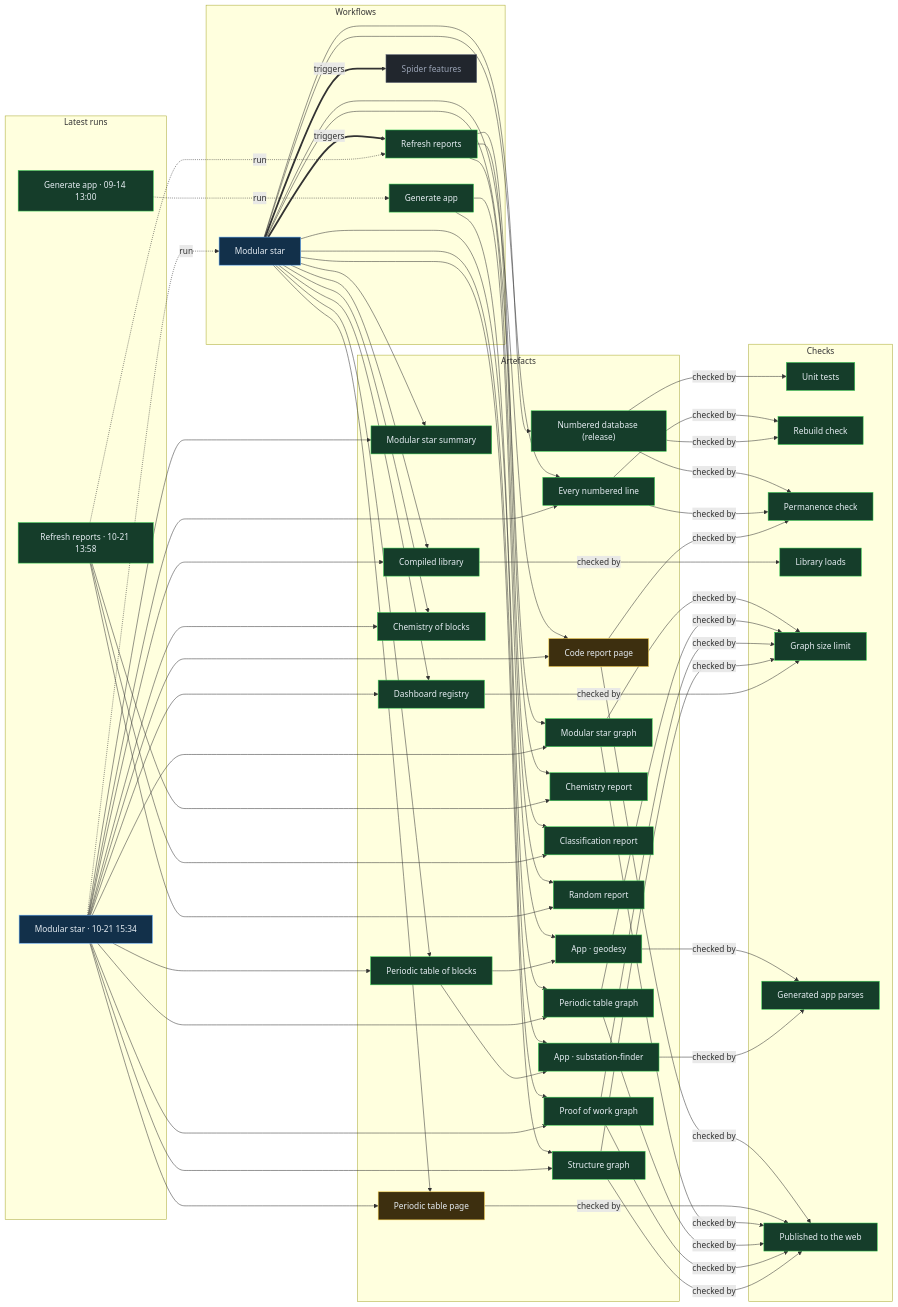
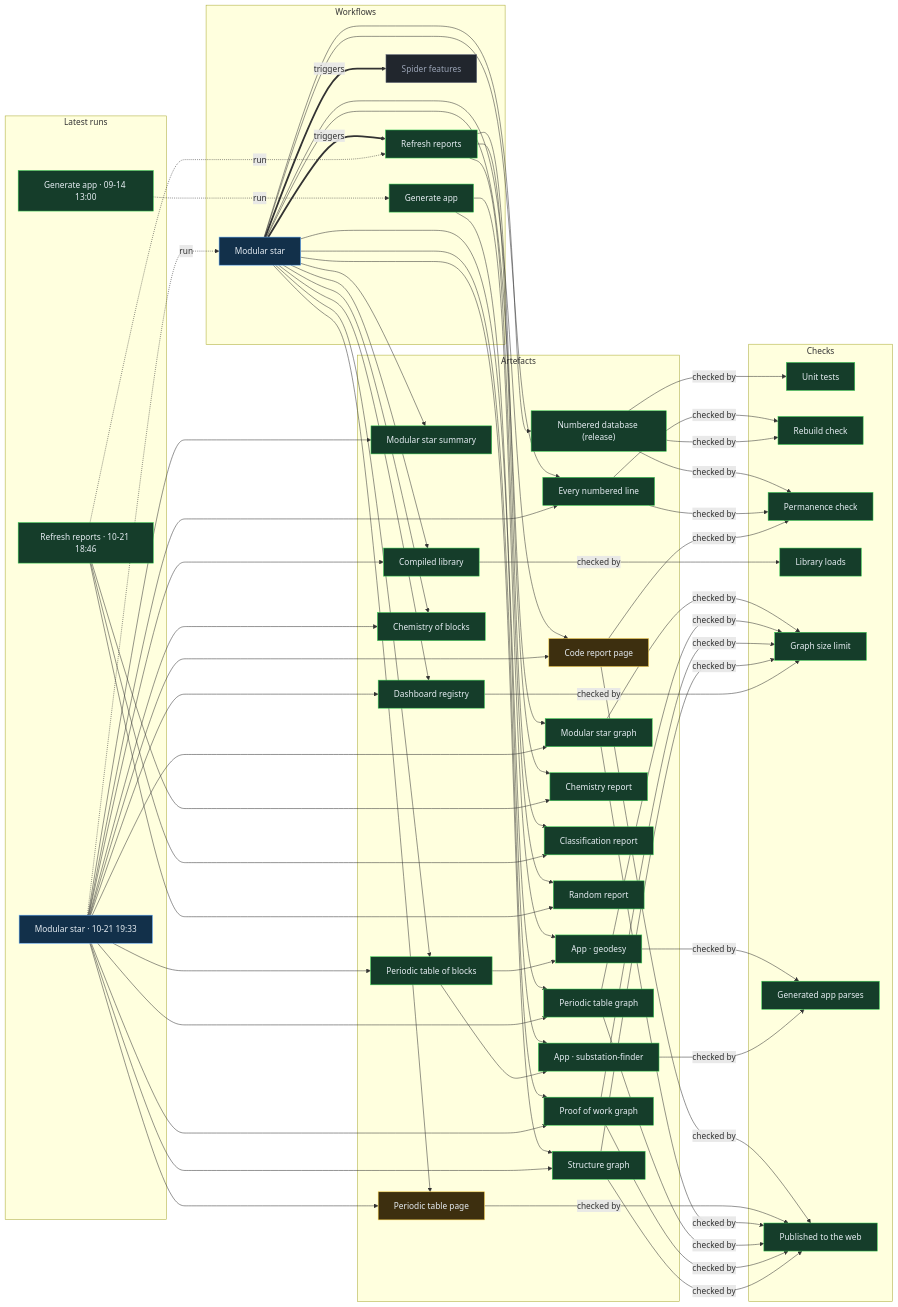
One commit to Ventusltd/stars changed the diagram in proof/PROOF.md. Above: the diagram before and after it, drawn with Mermaid. The commit also changed other lines of this file and 44 other files, not shown here.

Commit message:
Modular star 2026-10-21T19:36Z

```diff
--- a/proof/PROOF.md
+++ b/proof/PROOF.md
@@ -24,8 +24,8 @@
   n_wf_spider_features["Spider features"]:::off
   end
   subgraph g_runs["Latest runs"]
-  n_run_39626923223["Modular star · 10-21 15:34"]:::live
-  n_run_39612660847["Refresh reports · 10-21 13:58"]:::ok
+  n_run_39662700916["Modular star · 10-21 19:33"]:::live
+  n_run_39655760913["Refresh reports · 10-21 18:46"]:::ok
   n_run_34846587798["Generate app · 09-14 13:00"]:::ok
   end
   subgraph g_artefacts["Artefacts"]
@@ -59,39 +59,39 @@
   end
   n_wf_modular_star == triggers ==> n_wf_refresh
   n_wf_modular_star == triggers ==> n_wf_spider_features
-  n_run_39626923223 -. run .-> n_wf_modular_star
-  n_run_39612660847 -. run .-> n_wf_refresh
+  n_run_39662700916 -. run .-> n_wf_modular_star
+  n_run_39655760913 -. run .-> n_wf_refresh
   n_run_34846587798 -. run .-> n_wf_generate
   n_wf_modular_star --> n_art_summary
-  n_run_39626923223 --> n_art_summary
+  n_run_39662700916 --> n_art_summary
   n_wf_modular_star --> n_art_lines
-  n_run_39626923223 --> n_art_lines
+  n_run_39662700916 --> n_art_lines
   n_wf_modular_star --> n_art_code
-  n_run_39626923223 --> n_art_code
+  n_run_39662700916 --> n_art_code
   n_wf_modular_star --> n_art_modular_graph
-  n_run_39626923223 --> n_art_modular_graph
+  n_run_39662700916 --> n_art_modular_graph
   n_wf_modular_star --> n_art_blocks
-  n_run_39626923223 --> n_art_blocks
+  n_run_39662700916 --> n_art_blocks
   n_wf_modular_star --> n_art_table
-  n_run_39626923223 --> n_art_table
+  n_run_39662700916 --> n_art_table
   n_wf_modular_star --> n_art_blocks_graph
-  n_run_39626923223 --> n_art_blocks_graph
+  n_run_39662700916 --> n_art_blocks_graph
   n_wf_modular_star --> n_art_reactions
-  n_run_39626923223 --> n_art_reactions
+  n_run_39662700916 --> n_art_reactions
   n_wf_modular_star --> n_art_library
-  n_run_39626923223 --> n_art_library
+  n_run_39662700916 --> n_art_library
   n_wf_modular_star --> n_art_features
-  n_run_39626923223 --> n_art_features
+  n_run_39662700916 --> n_art_features
   n_wf_modular_star --> n_art_proof
-  n_run_39626923223 --> n_art_proof
+  n_run_39662700916 --> n_art_proof
   n_wf_modular_star --> n_art_structure
-  n_run_39626923223 --> n_art_structure
+  n_run_39662700916 --> n_art_structure
   n_wf_refresh --> n_art_chemistry
-  n_run_39612660847 --> n_art_chemistry
+  n_run_39655760913 --> n_art_chemistry
   n_wf_refresh --> n_art_vedic
-  n_run_39612660847 --> n_art_vedic
+  n_run_39655760913 --> n_art_vedic
   n_wf_refresh --> n_art_random
-  n_run_39612660847 --> n_art_random
+  n_run_39655760913 --> n_art_random
   n_wf_modular_star --> n_art_release
   n_wf_generate --> n_app_geodesy
   n_art_blocks --> n_app_geodesy
```
